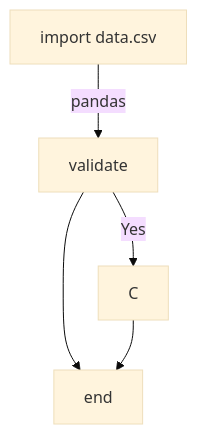
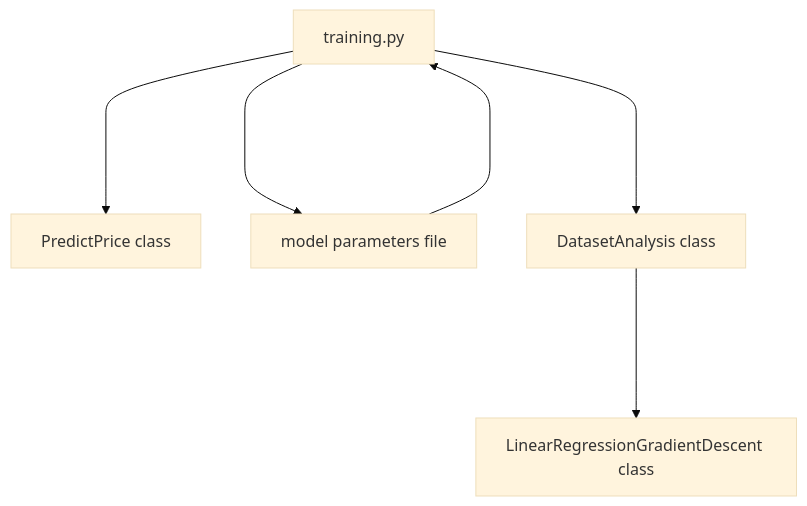
One commit to shameleon/ft_linear_regression changed the diagram in README.md. Above: the diagram before and after it, drawn with Mermaid (base theme). The commit also changed 8 other files, not shown here.

````diff
--- a/README.md
+++ b/README.md
@@ -17,7 +17,9 @@
 ```mermaid
   graph TD;
-      A[import data.csv]--pandas-->B[validate];
-      B -- Yes --> C;
-      B-->D[end];
-      C-->D;
+      A[predict.py]---->B[PredictPrice class];
+      C[model parameters file]---->A[predict.py];
+      A[training.py]---->C[model parameters file];
+      A[training.py]---->D[CarPriceDatasetAnalysis class];
+      D[DatasetAnalysis class]---->E[LinearRegressionGradientDescent class];
+      
 ```
````
